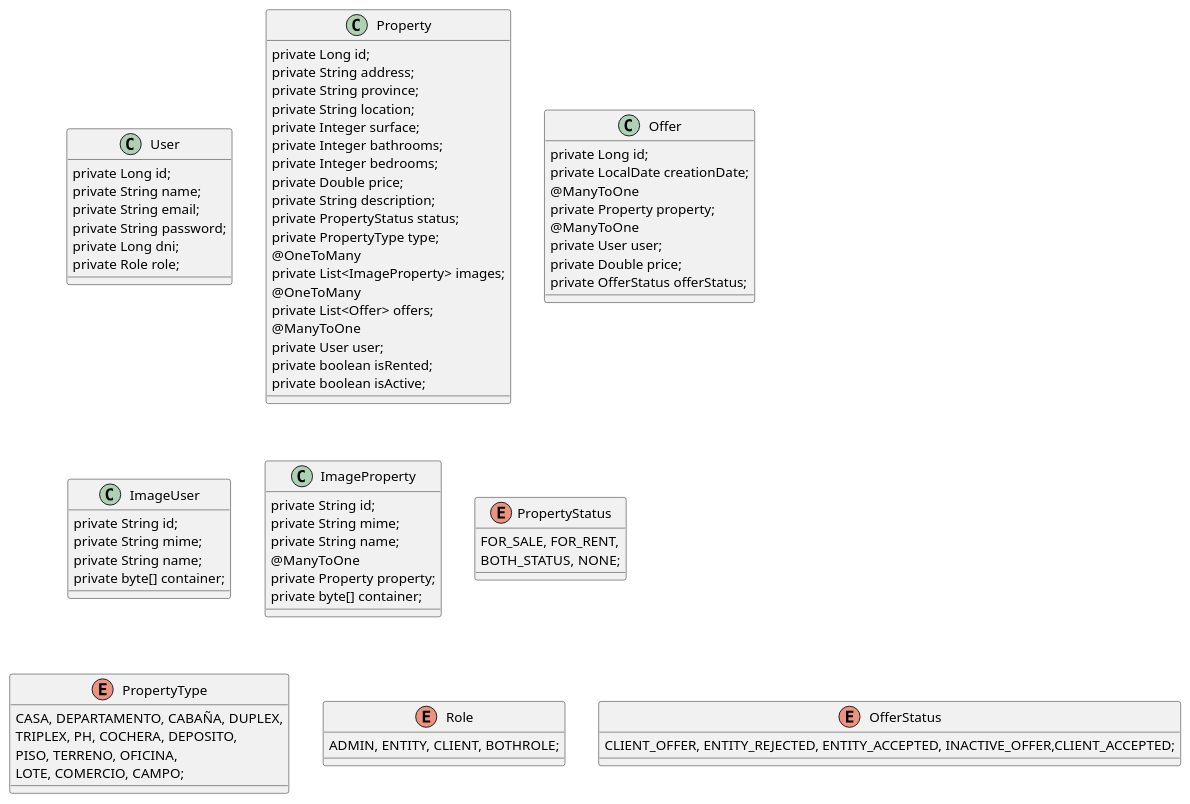
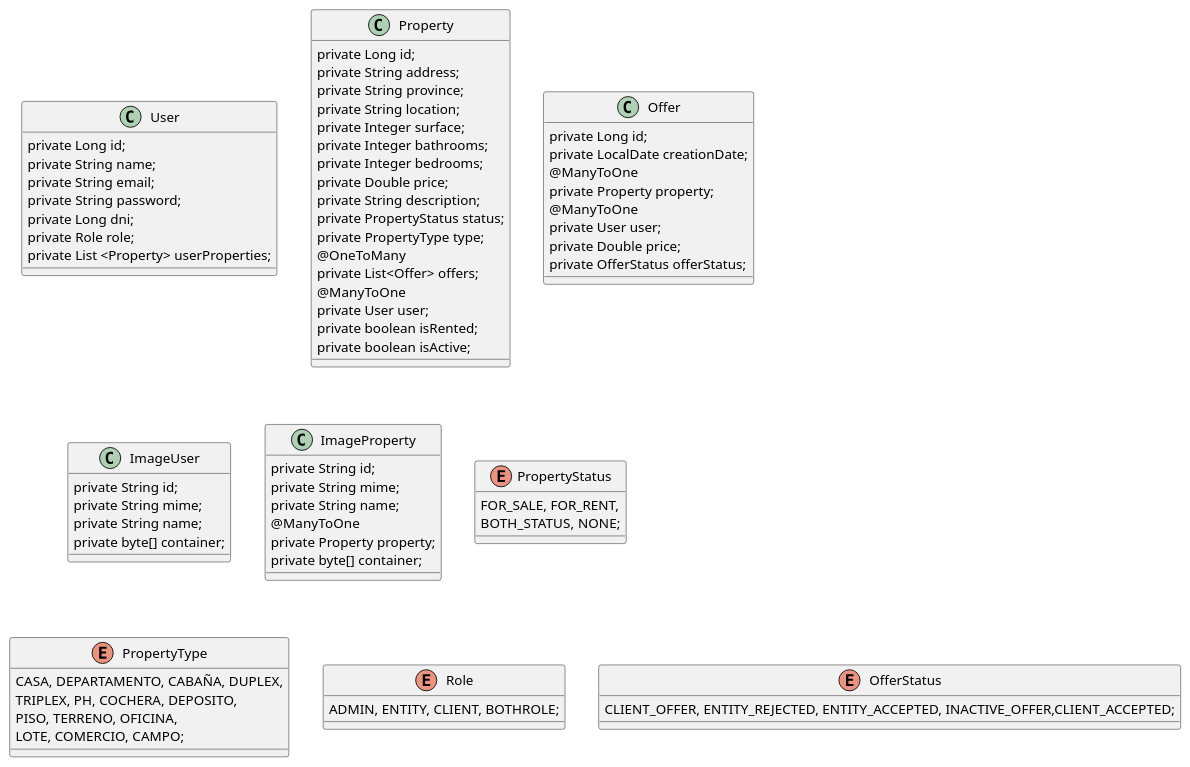
One commit to dfernando2/ProyectoFinalEquipoF changed the diagram in Inmobiliaria/src/main/resources/inmobiliariaBasic2.puml. Above: the diagram before and after it, drawn with PlantUML. The commit also changed 29 other files, not shown here.

Commit message:
PropertyImage persistiendo en base de datos

```diff
--- a/Inmobiliaria/src/main/resources/inmobiliariaBasic2.puml
+++ b/Inmobiliaria/src/main/resources/inmobiliariaBasic2.puml
@@ -1,78 +1,77 @@
 @startuml
 'https://plantuml.com/class-diagram
 
 class User {
 
     private Long id;
     private String name;
     private String email;
     private String password;
     private Long dni;
     private Role role;
+    private List <Property> userProperties;
        }
 class Property {
         private Long id;
         private String address;
         private String province;
         private String location;
         private Integer surface;
         private Integer bathrooms;
         private Integer bedrooms;
         private Double price;
         private String description;
         private PropertyStatus status;
         private PropertyType type;
-        @OneToMany
-        private List<ImageProperty> images;
         @OneToMany
         private List<Offer> offers;
         @ManyToOne
         private User user;
         private boolean isRented;
         private boolean isActive;
         }
 class Offer {
     private Long id;
     private LocalDate creationDate;
     @ManyToOne
     private Property property;
     @ManyToOne
     private User user;
     private Double price;
     private OfferStatus offerStatus;
     }
 class ImageUser {
     private String id;
     private String mime;
     private String name;
     private byte[] container;
                 }
 class ImageProperty {
     private String id;
     private String mime;
     private String name;
     @ManyToOne
     private Property property;
     private byte[] container;
     }
 
 enum PropertyStatus {
     FOR_SALE, FOR_RENT,
     BOTH_STATUS, NONE;
 }
 enum PropertyType {
     CASA, DEPARTAMENTO, CABAÑA, DUPLEX,
     TRIPLEX, PH, COCHERA, DEPOSITO,
     PISO, TERRENO, OFICINA,
     LOTE, COMERCIO, CAMPO;
 }
 enum Role {
     ADMIN, ENTITY, CLIENT, BOTHROLE;
 }
 enum OfferStatus {
     CLIENT_OFFER, ENTITY_REJECTED, ENTITY_ACCEPTED, INACTIVE_OFFER,CLIENT_ACCEPTED;
 }
 
 
 
 @enduml
```
